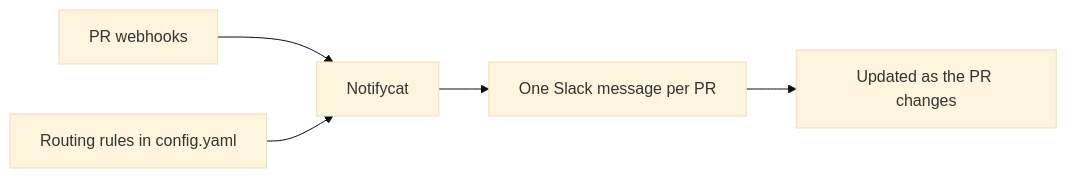
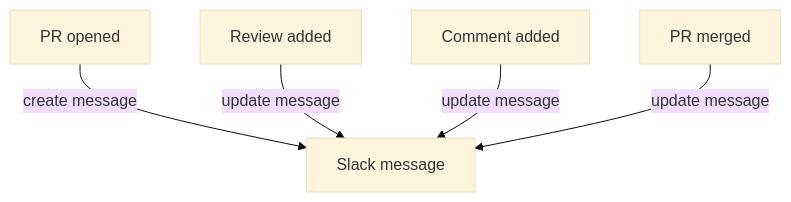
One commit to mptooling/notifycat changed the second of 2 diagrams in docs/index.md. Above: the diagram before and after it, drawn with Mermaid (base theme). The commit also changed other lines of this file and 2 other files, not shown here.

Commit message:
chore(doc): slack notifications screenshots

````diff
--- a/docs/index.md
+++ b/docs/index.md
@@ -33,7 +33,7 @@
 ```mermaid
-flowchart LR
-    events[PR webhooks] --> notifycat[Notifycat]
-    routing[Routing rules in config.yaml] --> notifycat
-    notifycat --> message[One Slack message per PR]
-    message --> current[Updated as the PR changes]
+flowchart TB
+    opened[PR opened] --create message--> SlackMessage[Slack message]
+    review[Review added] --update message--> SlackMessage[Slack message]
+    comment[Comment added] --update message--> SlackMessage[Slack message]
+    merged[PR merged] --update message--> SlackMessage[Slack message]
 ```
````
